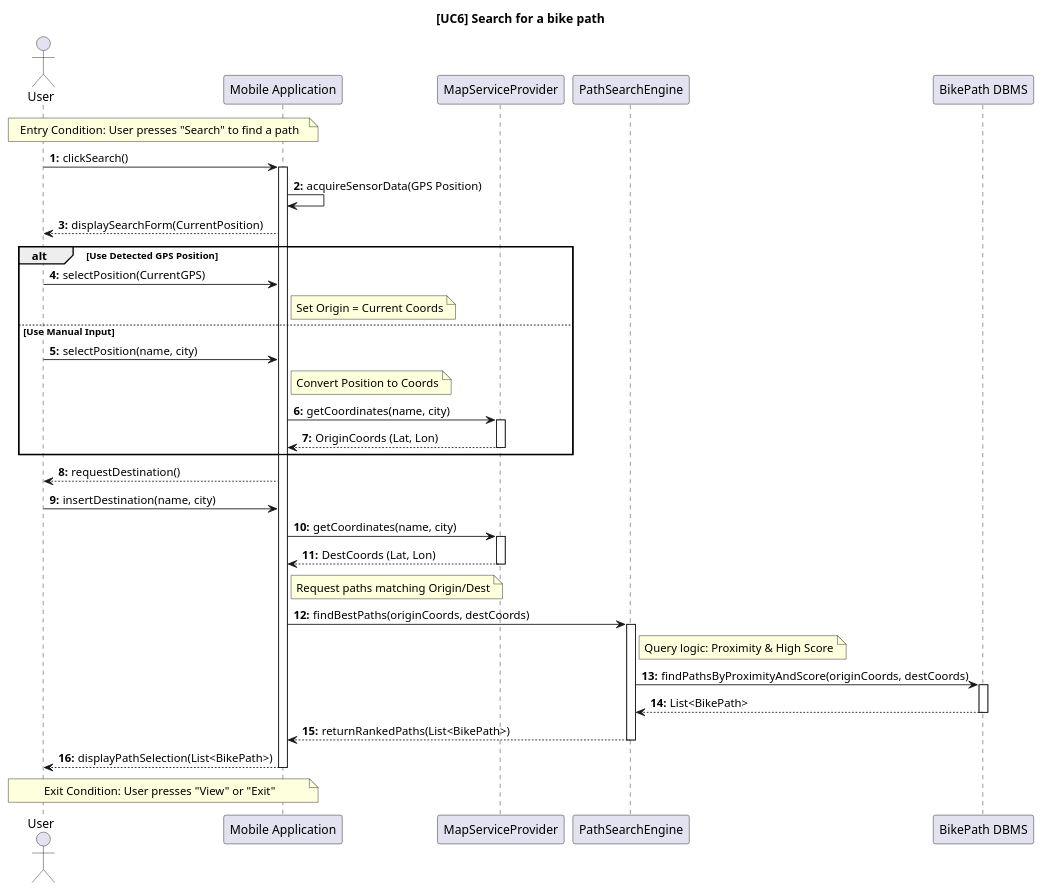
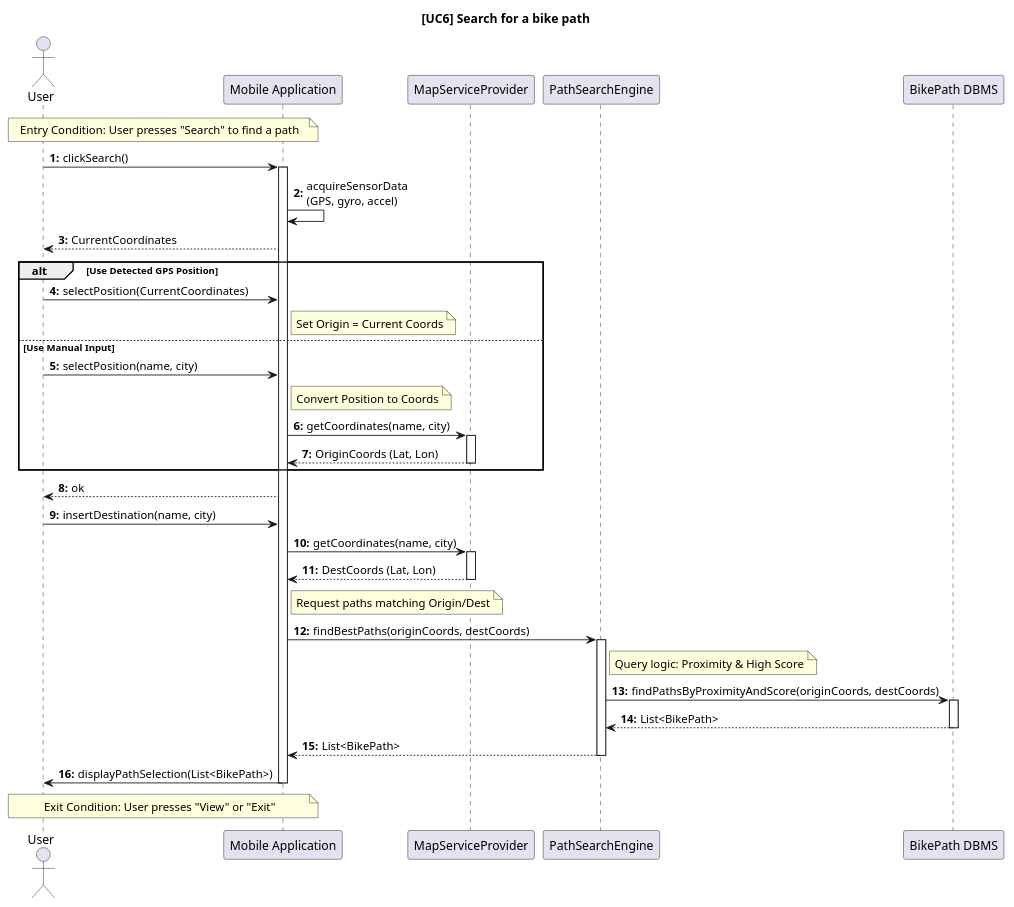
Before and after one commit to ilevinci/RubinoUvinsiVinciguerra: the diagram in DD/sequencediagrams/usecase6.puml, drawn with PlantUML. The commit also changed 8 other files, not shown here.

Commit message:
further refactoring of DD sequence diagrams, more consistency of return values

```diff
--- a/DD/sequencediagrams/usecase6.puml
+++ b/DD/sequencediagrams/usecase6.puml
@@ -1,88 +1,88 @@
 @startuml UC6_SearchBikePath_Design
 autonumber "<b>0:"
 title [UC6] Search for a bike path
 
 ' =======================================================
 ' COMPONENT DEFINITION
 ' =======================================================
 actor "User" as User
 participant "Mobile Application" as Client
 
 ' External Service (Geocoding)
 participant "MapServiceProvider" as Map
 
 ' Backend System
 participant "PathSearchEngine" as Search
 participant "BikePath DBMS" as DB
 
 ' =======================================================
 ' ENTRY CONDITION
 ' =======================================================
 note over User, Client: Entry Condition: User presses "Search" to find a path
 
 ' =======================================================
 ' (a) GPS DETECTION & INIT
 ' =======================================================
 User -> Client: clickSearch()
 activate Client
 
 ' Acquisizione locale sensori
-Client -> Client: acquireSensorData(GPS Position)
+Client -> Client: acquireSensorData\n(GPS, gyro, accel)
 
 ' =======================================================
 ' (b) ORIGIN SELECTION
 ' =======================================================
-Client --> User: displaySearchForm(CurrentPosition)
+Client --> User: CurrentCoordinates
 
 alt Use Detected GPS Position
-    User -> Client: selectPosition(CurrentGPS)
+    User -> Client: selectPosition(CurrentCoordinates)
     note right of Client: Set Origin = Current Coords
 else Use Manual Input
     User -> Client: selectPosition(name, city)
     
     ' Smart Client: Geocoding prima della ricerca
     note right of Client: Convert Position to Coords
     Client -> Map: getCoordinates(name, city)
     activate Map
     Map --> Client: OriginCoords (Lat, Lon)
     deactivate Map
 end
 
 ' =======================================================
 ' (c) DESTINATION SELECTION
 ' =======================================================
-Client --> User: requestDestination()
+Client --> User: ok
 User -> Client: insertDestination(name, city)
 
 ' Smart Client: Geocoding Destination
 Client -> Map: getCoordinates(name, city)
 activate Map
 Map --> Client: DestCoords (Lat, Lon)
 deactivate Map
 
 ' =======================================================
 ' (d) PATH RETRIEVAL AND SCORING
 ' =======================================================
 ' Invio della query con le coordinate già pronte
 note right of Client: Request paths matching Origin/Dest
 
 Client -> Search: findBestPaths(originCoords, destCoords)
 activate Search
 
 ' Query al DB: Trova percorsi vicini e ordinali per Score
 note right of Search: Query logic: Proximity & High Score
 Search -> DB: findPathsByProximityAndScore(originCoords, destCoords)
 activate DB
 DB --> Search: List<BikePath>
 deactivate DB
 
 ' Conversione in DTO leggeri per la lista
-Search --> Client: returnRankedPaths(List<BikePath>)
+Search --> Client: List<BikePath>
 deactivate Search
 
-Client --> User: displayPathSelection(List<BikePath>)
+Client -> User: displayPathSelection(List<BikePath>)
 
 note over User, Client: Exit Condition: User presses "View" or "Exit"
 
 deactivate Client
 @enduml
```
